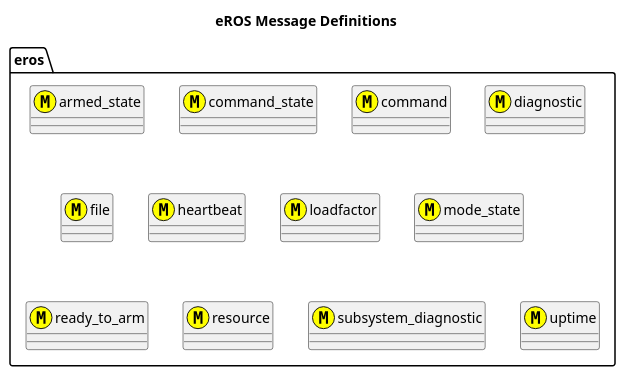
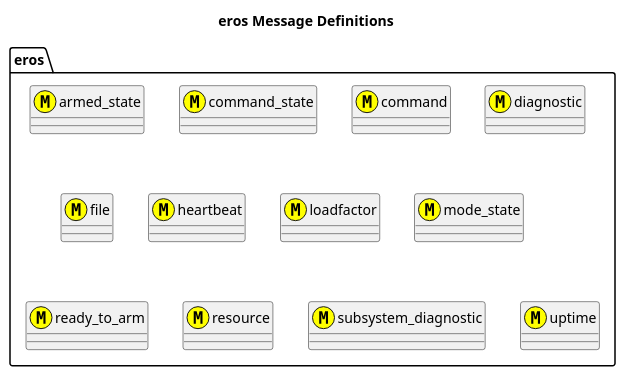
Before and after one commit to dgitz/eros: the diagram in doc/EROSMessageDiagram.puml, drawn with PlantUML. The commit also changed 43 other files, not shown here.

```diff
--- a/doc/EROSMessageDiagram.puml
+++ b/doc/EROSMessageDiagram.puml
@@ -1,18 +1,18 @@
 @startuml
-title eROS Message Definitions
+title eros Message Definitions
 package eros {
     class armed_state <<M,#FFFF00>>
     class command_state <<M,#FFFF00>>
     class command <<M,#FFFF00>>
     class diagnostic <<M,#FFFF00>>
     class file <<M,#FFFF00>>
     class heartbeat <<M,#FFFF00>>
     class loadfactor <<M,#FFFF00>>
     class mode_state <<M,#FFFF00>>
     class ready_to_arm <<M,#FFFF00>>
     class resource <<M,#FFFF00>>
     class subsystem_diagnostic <<M,#FFFF00>>
     class uptime <<M,#FFFF00>>
 }
 
 @enduml
```
